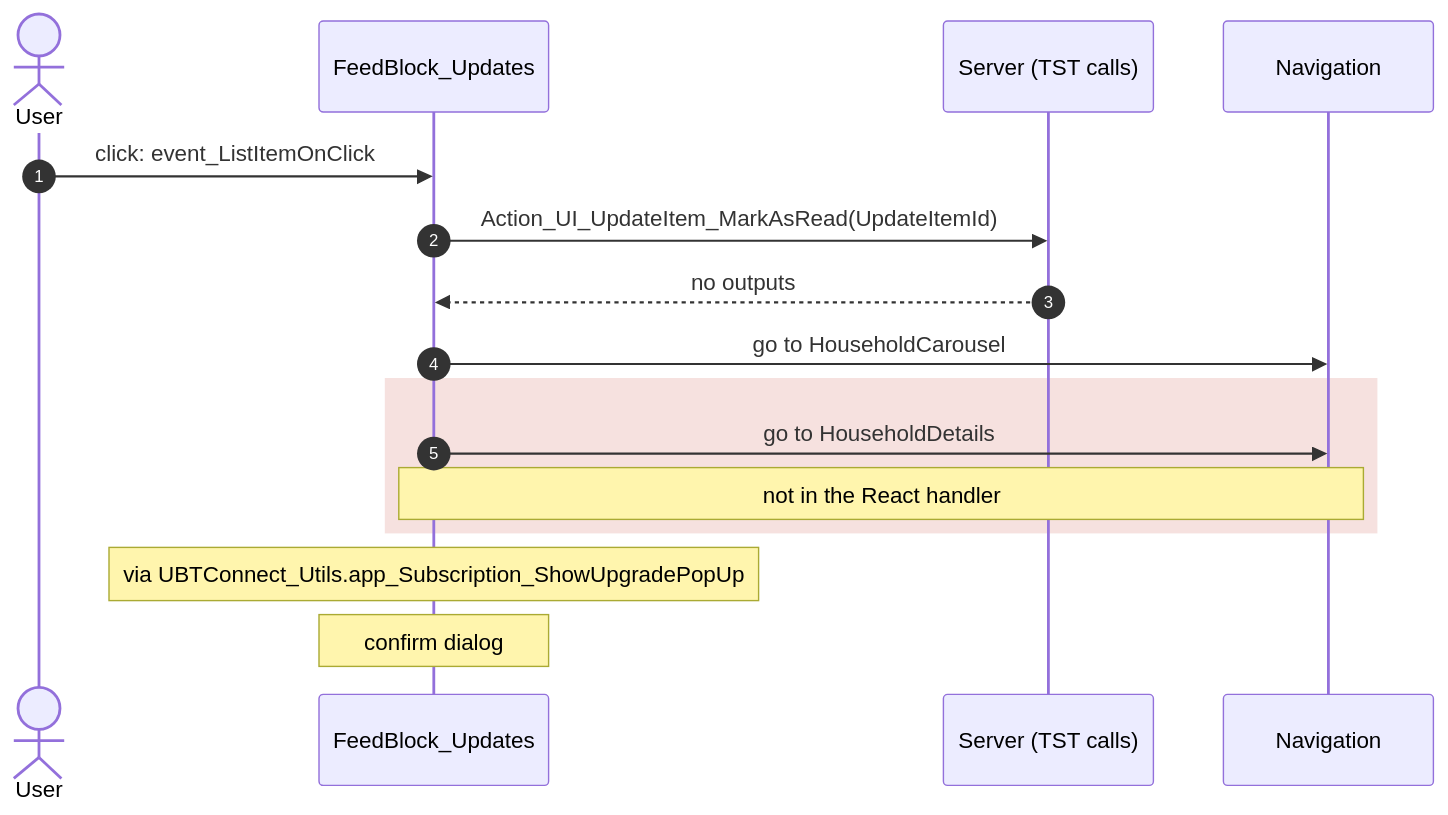
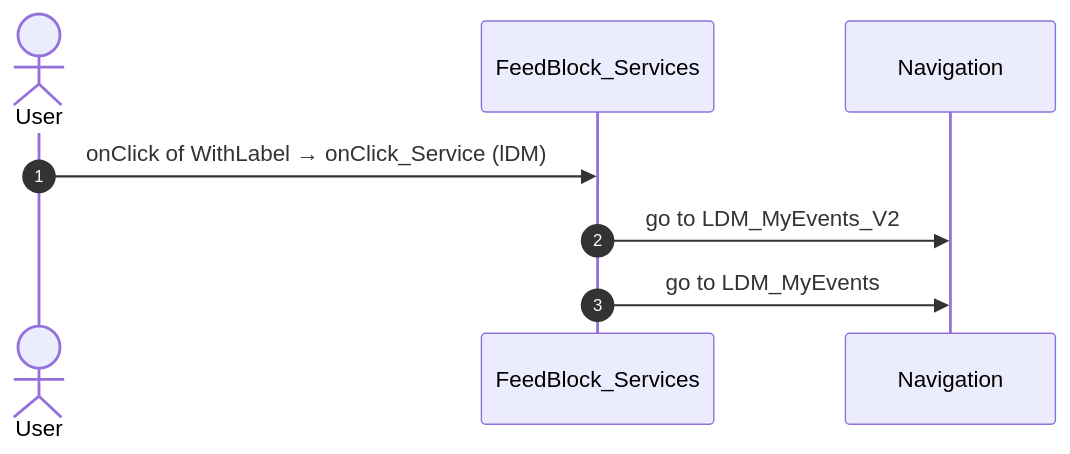
One commit to Phoenix-DX/connect-new-ui changed diagram 11 of 51 in migration/route-actions/HomeFeed.md. Above: the diagram before and after it, drawn with Mermaid. The commit also changed other lines of this file and 9 other files, not shown here.

Commit message:
route actions: facts only; user actions as two independent lists (OutSystems view bindings, React JSX bindings) with Mermaid sequences; factual call columns (direct caller, chains, React references); app shell by definition (survey shell, main.tsx code); constants read for React paths

````diff
--- a/migration/route-actions/HomeFeed.md
+++ b/migration/route-actions/HomeFeed.md
@@ -332,18 +307,10 @@
 ```mermaid
 sequenceDiagram
   autonumber
   actor U as User
-  participant B as FeedBlock_Updates
-  participant S as Server (TST calls)
+  participant B as FeedBlock_Services
   participant N as Navigation
-  U->>B: click: event_ListItemOnClick
-  B->>S: Action_UI_UpdateItem_MarkAsRead(UpdateItemId)
-  S-->>B: no outputs
-  B->>N: go to HouseholdCarousel
-  rect rgba(192, 57, 43, 0.15)
-  B->>N: go to HouseholdDetails
-  Note over B,N: not in the React handler
-  end
-  Note over B: via UBTConnect_Utils.app_Subscription_ShowUpgradePopUp
-  Note over B: confirm dialog
+  U->>B: onClick of WithLabel → onClick_Service (lDM)
+  B->>N: go to LDM_MyEvents_V2
+  B->>N: go to LDM_MyEvents
 ```
````
